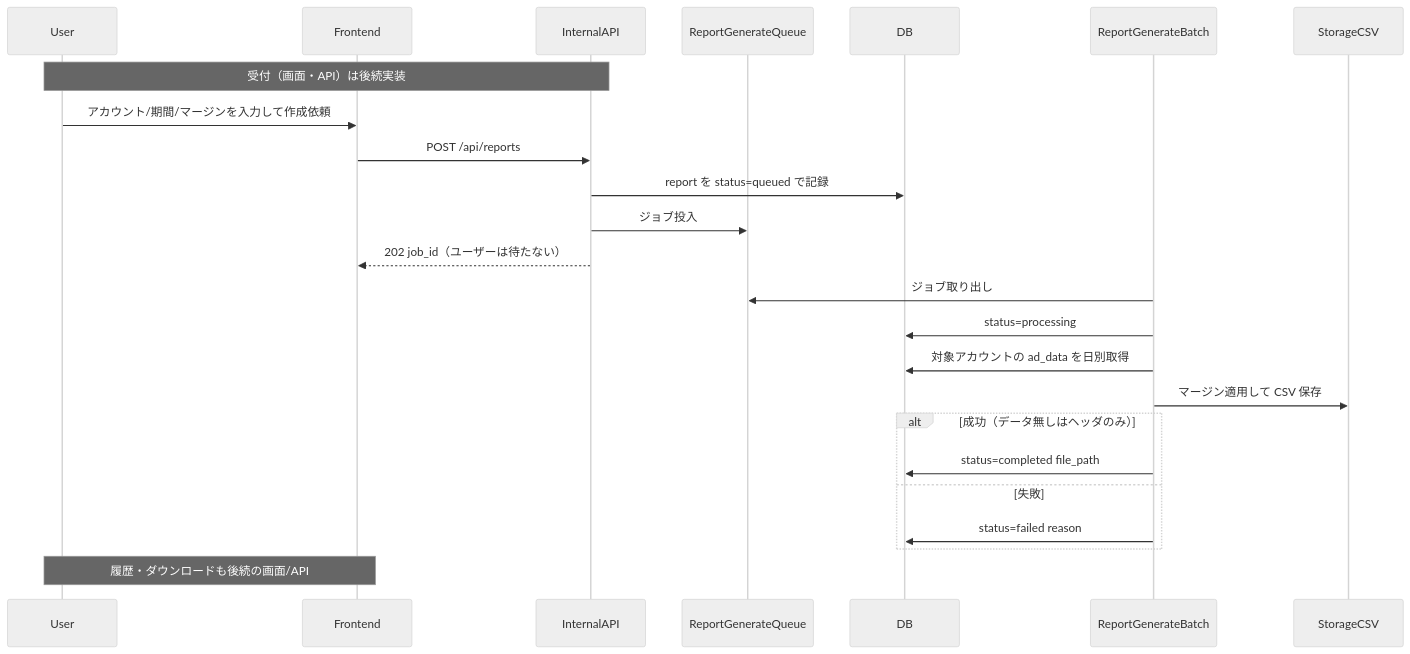
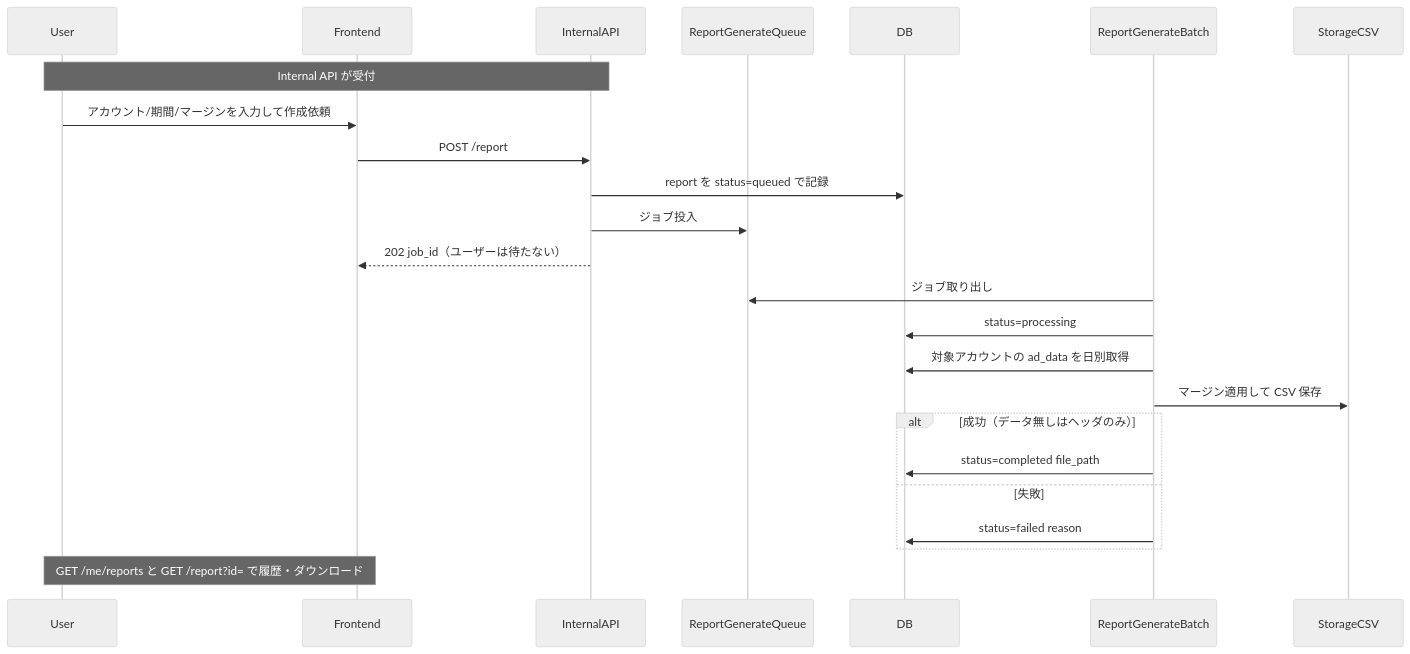
One commit to bonjinnorenka/CAAdvance_intern_2026 changed the second of 2 diagrams in README.md. Above: the diagram before and after it, drawn with Mermaid (neutral theme). The commit also changed other lines of this file and 17 other files, not shown here.

First line of the commit message:
feat: Internal API のレポート・ユーザー・アカウント API を実装

````diff
--- a/README.md
+++ b/README.md
@@ -174,27 +190,27 @@
 ```mermaid
 sequenceDiagram
     participant User
     participant Frontend
     participant API as InternalAPI
     participant Queue as ReportGenerateQueue
     participant DB
     participant Batch as ReportGenerateBatch
     participant Storage as StorageCSV
 
-    Note over User,API: 受付（画面・API）は後続実装
+    Note over User,API: Internal API が受付
     User->>Frontend: アカウント/期間/マージンを入力して作成依頼
-    Frontend->>API: POST /api/reports
+    Frontend->>API: POST /report
     API->>DB: report を status=queued で記録
     API->>Queue: ジョブ投入
     API-->>Frontend: 202 job_id（ユーザーは待たない）
     Batch->>Queue: ジョブ取り出し
     Batch->>DB: status=processing
     Batch->>DB: 対象アカウントの ad_data を日別取得
     Batch->>Storage: マージン適用して CSV 保存
     alt 成功（データ無しはヘッダのみ）
         Batch->>DB: status=completed file_path
     else 失敗
         Batch->>DB: status=failed reason
     end
-    Note over User,Frontend: 履歴・ダウンロードも後続の画面/API
+    Note over User,Frontend: GET /me/reports と GET /report?id= で履歴・ダウンロード
 ```
````
